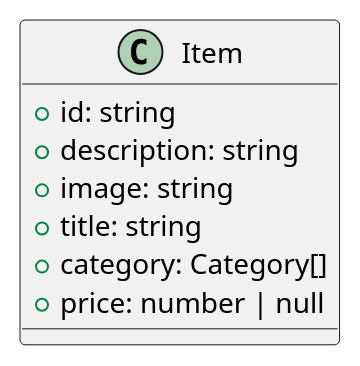
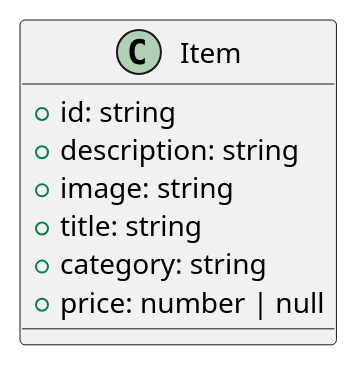
Before and after one commit to Student2506/weblarek: the fourth of 7 diagrams in README.md, drawn with PlantUML. The commit also changed 5 other files, not shown here.

````diff
--- a/README.md
+++ b/README.md
@@ -146,12 +146,12 @@
 ```plantuml  
 @startuml  
 class Item {  
  +id: string  
  +description: string  
  +image: string  
  +title: string  
- +category: Category[]  
+ +category: string  
  +price: number | null  
 }  
 @enduml  
 ```  
````
